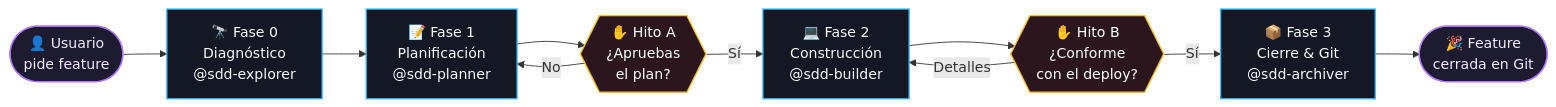
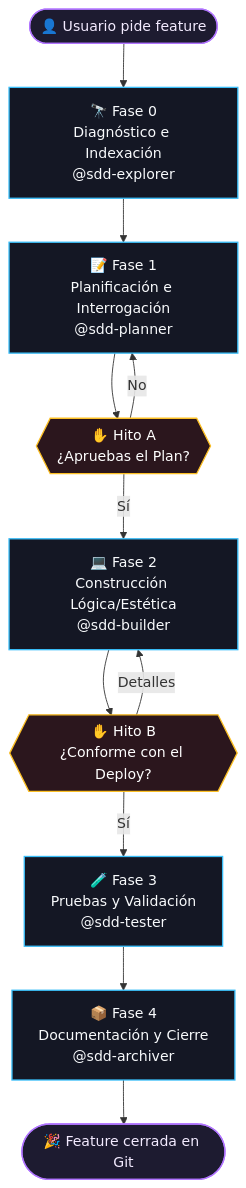
The diagram in README.md (Danielisla96/zugzbot), drawn with Mermaid before and after one commit. The commit also changed other lines of this file, not shown here.

Commit message:
refactor: update SDD methodology from 4 to 5 phases and reorganize repository structure and agent roles

````diff
--- a/README.md
+++ b/README.md
@@ -12,21 +12,22 @@
 ```mermaid
-flowchart LR
+flowchart TD
     classDef phase fill:#141724,stroke:#38bdf8,color:#f8fafc,stroke-width:1.5px
     classDef user  fill:#1d1b30,stroke:#b175ff,color:#f3ebff,stroke-width:1.5px
     classDef hil   fill:#2b161d,stroke:#fbbf24,color:#fff,stroke-width:1.5px
 
-    U1(["👤 Usuario\npide feature"]):::user
-    F0["🔭 Fase 0\nDiagnóstico\n@sdd-explorer"]:::phase
-    F1["📝 Fase 1\nPlanificación\n@sdd-planner"]:::phase
-    HIL1{{"✋ Hito A\n¿Apruebas\nel plan?"}}:::hil
-    F2["💻 Fase 2\nConstrucción\n@sdd-builder"]:::phase
-    HIL2{{"✋ Hito B\n¿Conforme\ncon el deploy?"}}:::hil
-    F3["📦 Fase 3\nCierre & Git\n@sdd-archiver"]:::phase
-    U2(["🎉 Feature\ncerrada en Git"]):::user
+    U1(["👤 Usuario pide feature"]):::user
+    F0["🔭 Fase 0\nDiagnóstico e Indexación\n@sdd-explorer"]:::phase
+    F1["📝 Fase 1\nPlanificación e Interrogación\n@sdd-planner"]:::phase
+    HIL1{{"✋ Hito A\n¿Apruebas el Plan?"}}:::hil
+    F2["💻 Fase 2\nConstrucción Lógica/Estética\n@sdd-builder"]:::phase
+    HIL2{{"✋ Hito B\n¿Conforme con el Deploy?"}}:::hil
+    F3["🧪 Fase 3\nPruebas y Validación\n@sdd-tester"]:::phase
+    F4["📦 Fase 4\nDocumentación y Cierre\n@sdd-archiver"]:::phase
+    U2(["🎉 Feature cerrada en Git"]):::user
 
     U1 --> F0 --> F1 --> HIL1
     HIL1 -- "Sí" --> F2 --> HIL2
     HIL1 -- "No" --> F1
-    HIL2 -- "Sí" --> F3 --> U2
+    HIL2 -- "Sí" --> F3 --> F4 --> U2
     HIL2 -- "Detalles" --> F2
 ```
````
